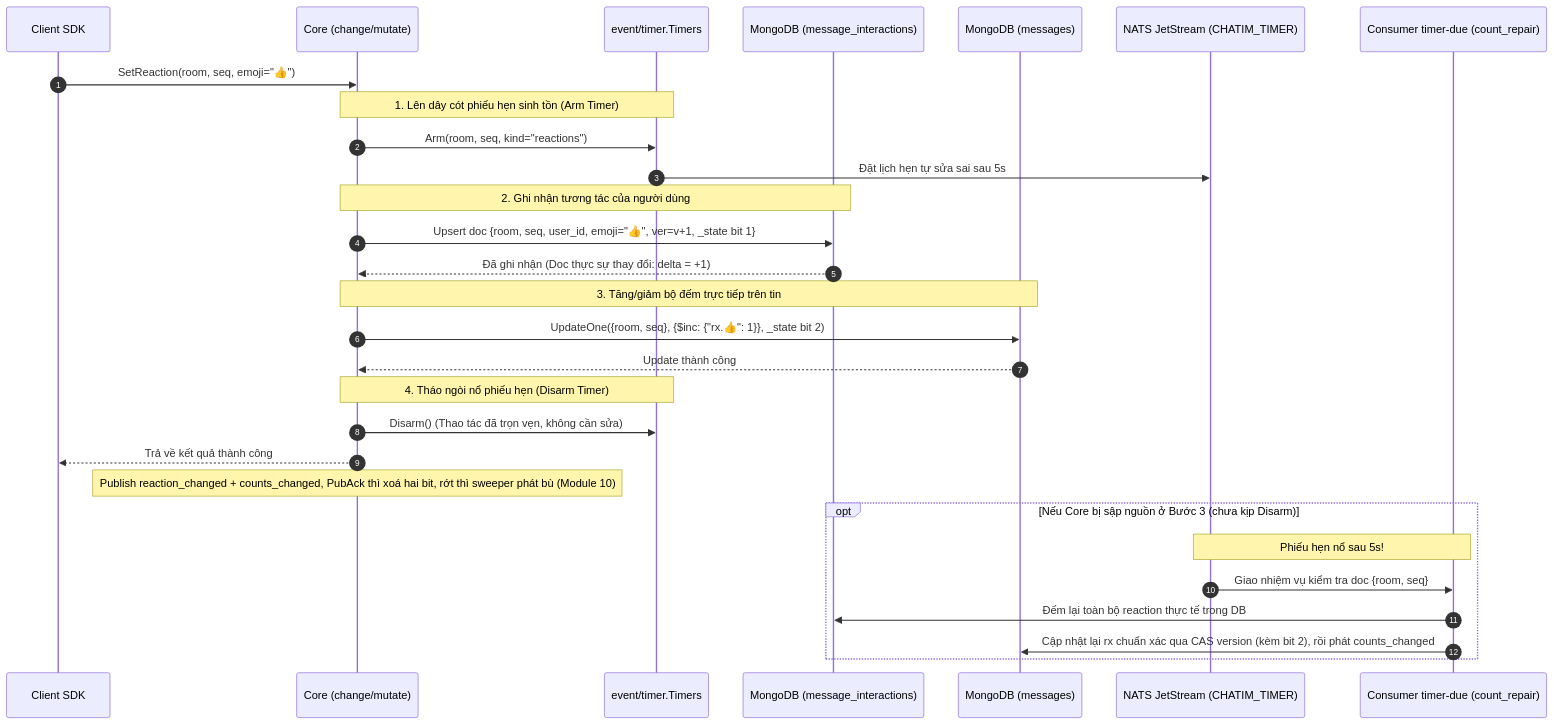
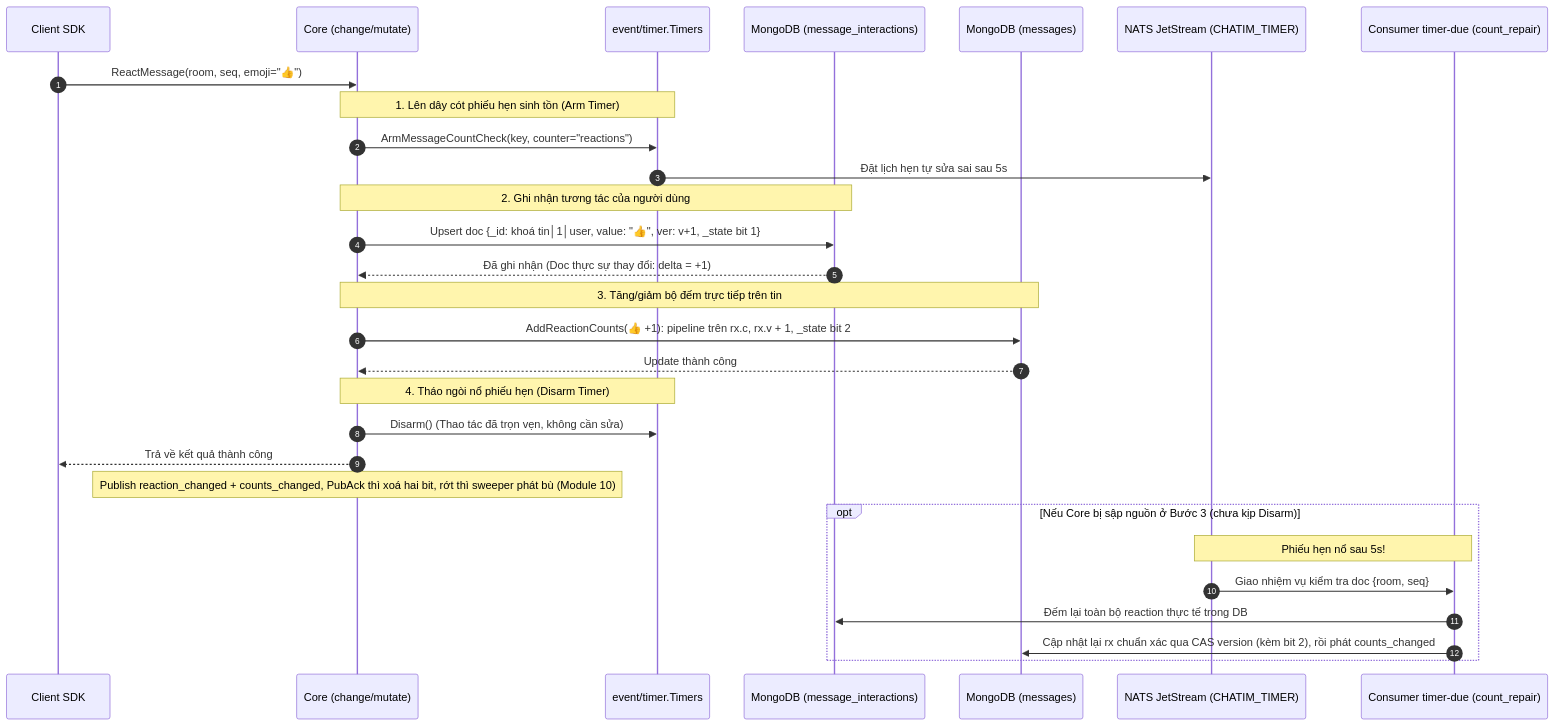
Before and after one commit to ivannguyendev/chatim: the second of 3 diagrams in docs/modules/04-feature-reactions-pins-and-bookmarks.md, drawn with Mermaid. The commit also changed other lines of this file and 12 other files, not shown here.

````diff
--- a/docs/modules/04-feature-reactions-pins-and-bookmarks.md
+++ b/docs/modules/04-feature-reactions-pins-and-bookmarks.md
@@ -54,38 +54,38 @@
 ```mermaid
 sequenceDiagram
     autonumber
     participant Client as Client SDK
     participant Core as Core (change/mutate)
     participant Timers as event/timer.Timers
     participant Inter as MongoDB (message_interactions)
     participant Msgs as MongoDB (messages)
     participant WorkQ as NATS JetStream (CHATIM_TIMER)
     participant Worker as Consumer timer-due (count_repair)
 
-    Client->>Core: SetReaction(room, seq, emoji="👍")
+    Client->>Core: ReactMessage(room, seq, emoji="👍")
 
     Note over Core,Timers: 1. Lên dây cót phiếu hẹn sinh tồn (Arm Timer)
-    Core->>Timers: Arm(room, seq, kind="reactions")
+    Core->>Timers: ArmMessageCountCheck(key, counter="reactions")
     Timers->>WorkQ: Đặt lịch hẹn tự sửa sai sau 5s
 
     Note over Core,Inter: 2. Ghi nhận tương tác của người dùng
-    Core->>Inter: Upsert doc {room, seq, user_id, emoji="👍", ver=v+1, _state bit 1}
+    Core->>Inter: Upsert doc {_id: khoá tin│1│user, value: "👍", ver: v+1, _state bit 1}
     Inter-->>Core: Đã ghi nhận (Doc thực sự thay đổi: delta = +1)
 
     Note over Core,Msgs: 3. Tăng/giảm bộ đếm trực tiếp trên tin
-    Core->>Msgs: UpdateOne({room, seq}, {$inc: {"rx.👍": 1}}, _state bit 2)
+    Core->>Msgs: AddReactionCounts(👍 +1): pipeline trên rx.c, rx.v + 1, _state bit 2
     Msgs-->>Core: Update thành công
 
     Note over Core,Timers: 4. Tháo ngòi nổ phiếu hẹn (Disarm Timer)
     Core->>Timers: Disarm() (Thao tác đã trọn vẹn, không cần sửa)
 
     Core-->>Client: Trả về kết quả thành công
     Note over Core: Publish reaction_changed + counts_changed, PubAck thì xoá hai bit, rớt thì sweeper phát bù (Module 10)
 
     opt Nếu Core bị sập nguồn ở Bước 3 (chưa kịp Disarm)
         Note over WorkQ,Worker: Phiếu hẹn nổ sau 5s!
         WorkQ->>Worker: Giao nhiệm vụ kiểm tra doc {room, seq}
         Worker->>Inter: Đếm lại toàn bộ reaction thực tế trong DB
         Worker->>Msgs: Cập nhật lại rx chuẩn xác qua CAS version (kèm bit 2), rồi phát counts_changed
     end
 ```
````
